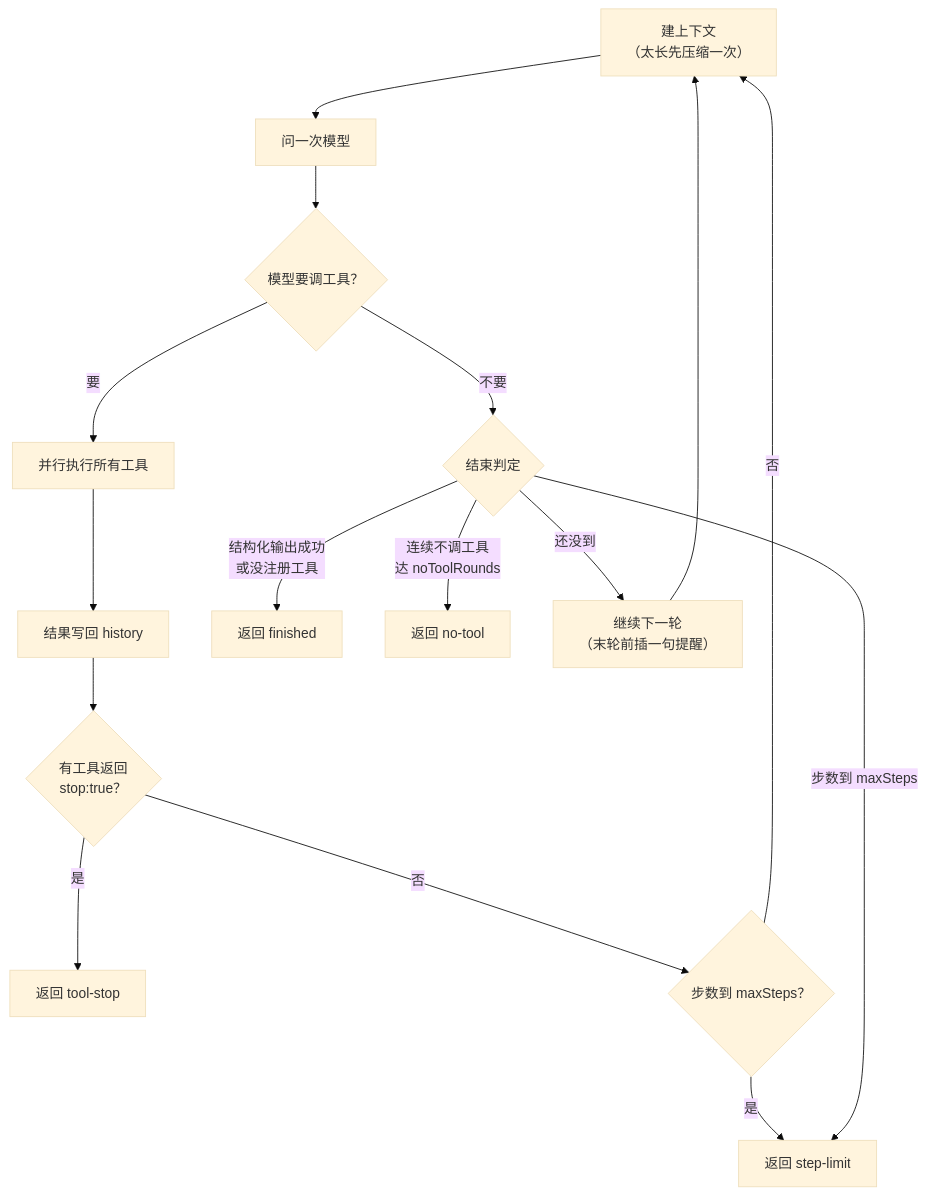
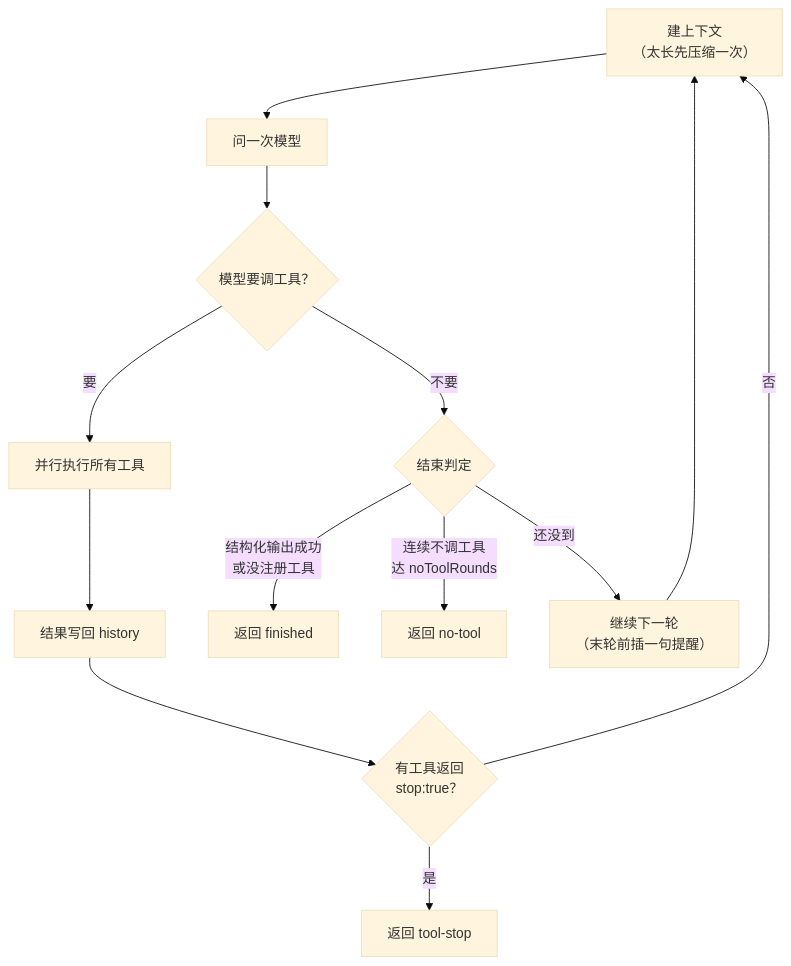
One commit to kernel4632/agent-core changed the second of 4 diagrams in README.md. Above: the diagram before and after it, drawn with Mermaid (base theme). The commit also changed other lines of this file and 9 other files, not shown here.

First line of the commit message:
feat!: 去掉 maxSteps 和 step-limit——这个包不再限制循环轮数，停不停只由模型判断和工具结果决定 (0.30.0)

````diff
--- a/README.md
+++ b/README.md
@@ -58,20 +58,17 @@
 ```mermaid
 flowchart TD
     A["建上下文<br/>（太长先压缩一次）"] --> B["问一次模型"]
     B --> C{"模型要调工具？"}
 
     C -->|要| D["并行执行所有工具"]
     D --> E["结果写回 history"]
     E --> S{"有工具返回<br/>stop:true？"}
     S -->|是| T1["返回 tool-stop"]
-    S -->|否| T2{"步数到 maxSteps？"}
-    T2 -->|是| T3["返回 step-limit"]
-    T2 -->|否| A
+    S -->|否| A
 
     C -->|不要| F{"结束判定"}
     F -->|结构化输出成功<br/>或没注册工具| R1["返回 finished"]
-    F -->|步数到 maxSteps| T3
     F -->|连续不调工具<br/>达 noToolRounds| R2["返回 no-tool"]
     F -->|还没到| P["继续下一轮<br/>（末轮前插一句提醒）"]
     P --> A
 ```
````
